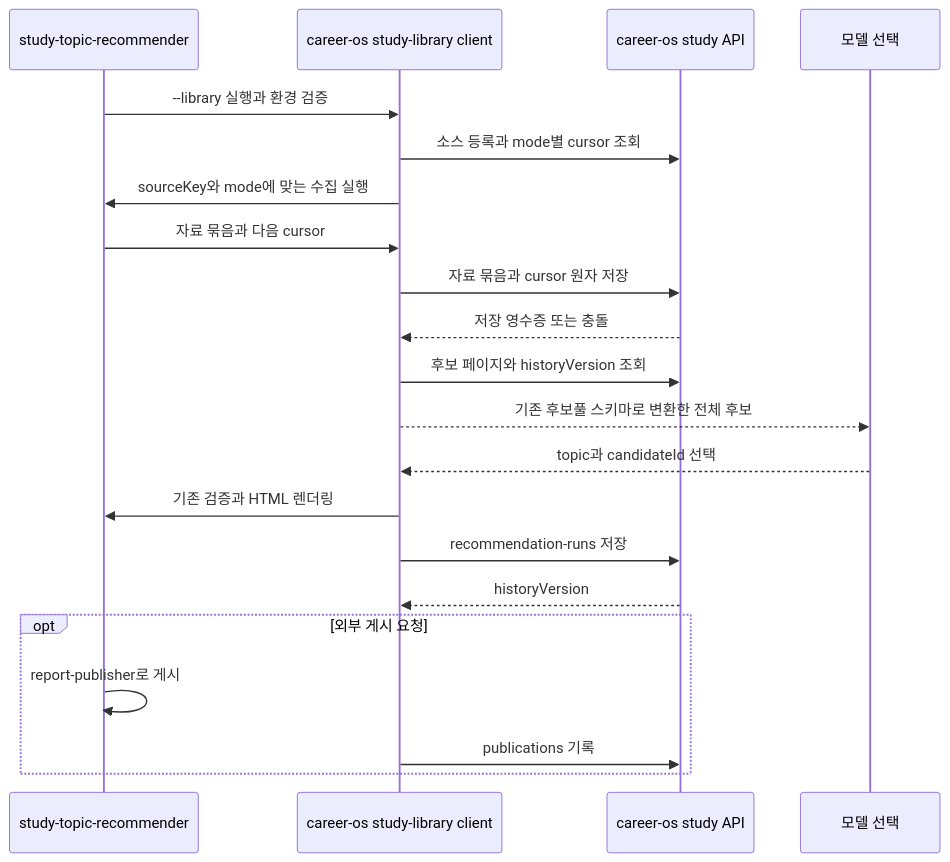
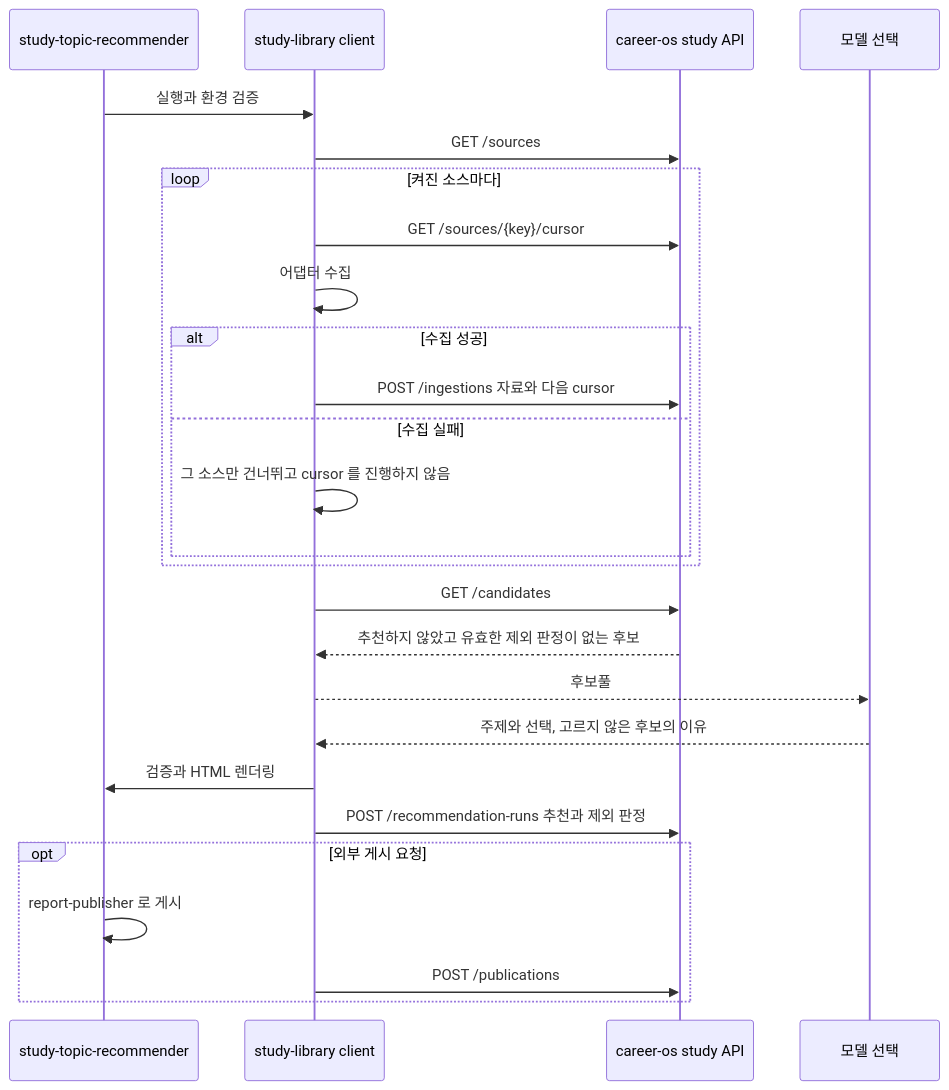
One commit to jon890/fos-agents changed the third of 3 diagrams in career-os/docs/flow.md. Above: the diagram before and after it, drawn with Mermaid. The commit also changed other lines of this file and 13 other files, not shown here.

````diff
--- a/career-os/docs/flow.md
+++ b/career-os/docs/flow.md
@@ -376,23 +374,28 @@
 ```mermaid
 sequenceDiagram
     participant Skill as study-topic-recommender
-    participant Client as career-os study-library client
+    participant Client as study-library client
     participant API as career-os study API
     participant Model as 모델 선택
-    Skill->>Client: --library 실행과 환경 검증
-    Client->>API: 소스 등록과 mode별 cursor 조회
-    Client->>Skill: sourceKey와 mode에 맞는 수집 실행
-    Skill->>Client: 자료 묶음과 다음 cursor
-    Client->>API: 자료 묶음과 cursor 원자 저장
-    API-->>Client: 저장 영수증 또는 충돌
-    Client->>API: 후보 페이지와 historyVersion 조회
-    Client-->>Model: 기존 후보풀 스키마로 변환한 전체 후보
-    Model-->>Client: topic과 candidateId 선택
-    Client->>Skill: 기존 검증과 HTML 렌더링
-    Client->>API: recommendation-runs 저장
-    API-->>Client: historyVersion
+    Skill->>Client: 실행과 환경 검증
+    Client->>API: GET /sources
+    loop 켜진 소스마다
+        Client->>API: GET /sources/{key}/cursor
+        Client->>Client: 어댑터 수집
+        alt 수집 성공
+            Client->>API: POST /ingestions 자료와 다음 cursor
+        else 수집 실패
+            Client->>Client: 그 소스만 건너뛰고 cursor 를 진행하지 않음
+        end
+    end
+    Client->>API: GET /candidates
+    API-->>Client: 추천하지 않았고 유효한 제외 판정이 없는 후보
+    Client-->>Model: 후보풀
+    Model-->>Client: 주제와 선택, 고르지 않은 후보의 이유
+    Client->>Skill: 검증과 HTML 렌더링
+    Client->>API: POST /recommendation-runs 추천과 제외 판정
     opt 외부 게시 요청
-        Skill->>Skill: report-publisher로 게시
-        Client->>API: publications 기록
+        Skill->>Skill: report-publisher 로 게시
+        Client->>API: POST /publications
     end
 ```
````
